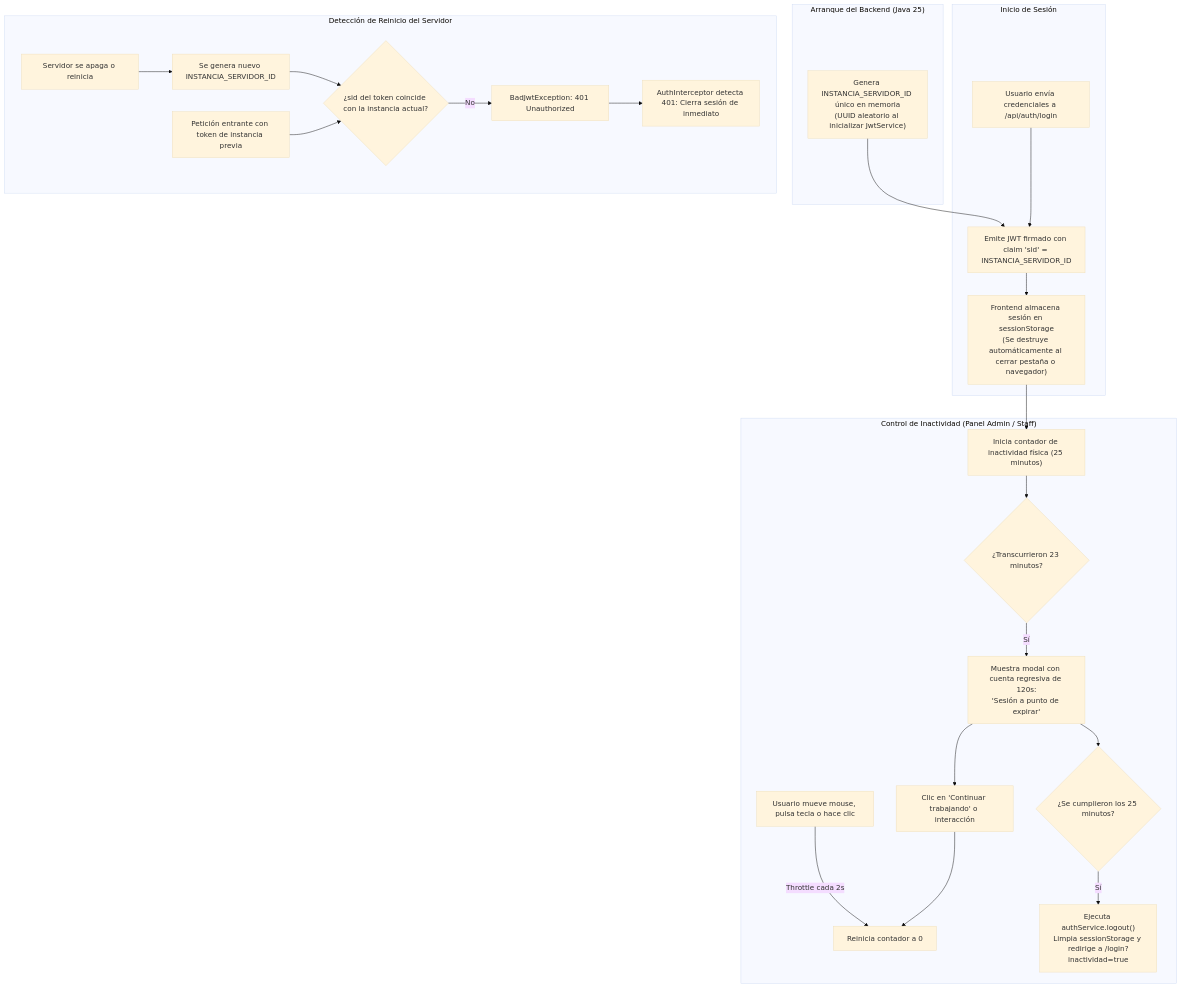
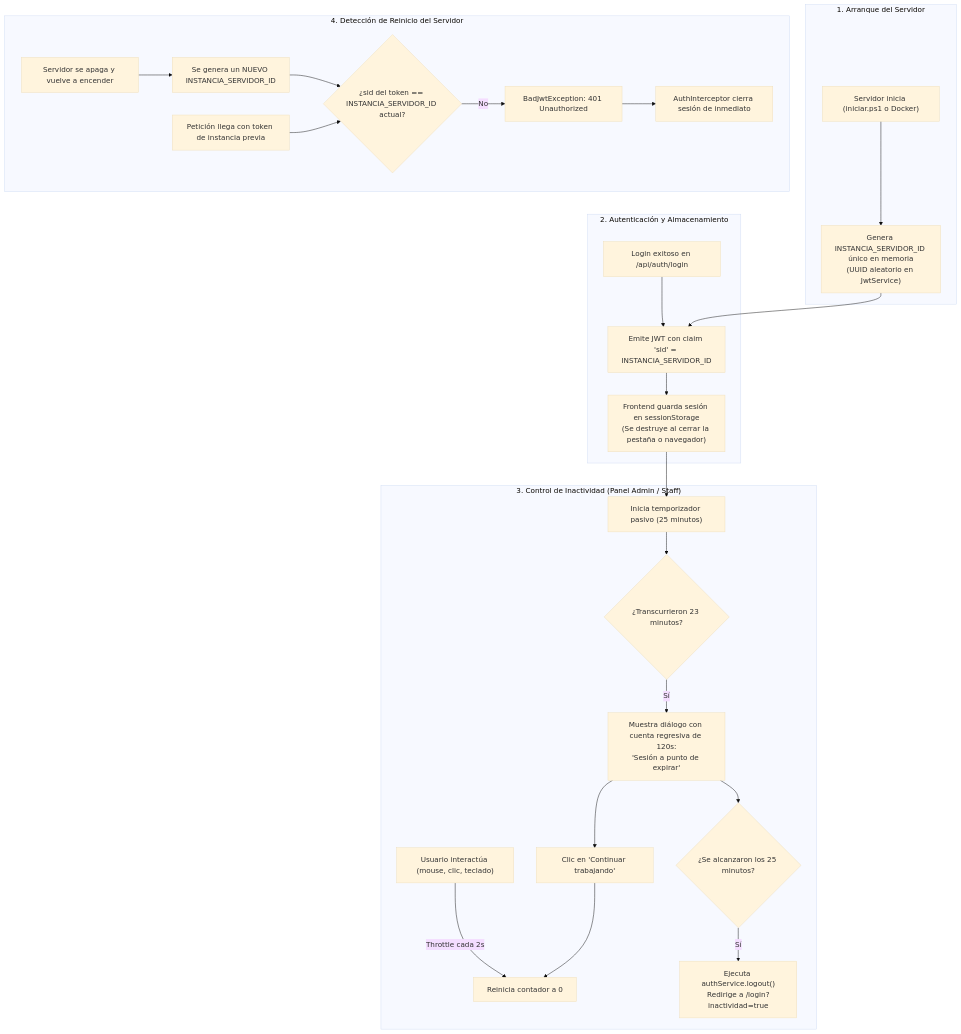
The seventh of 9 diagrams in README.md (MrCarlos17A/TechZone), drawn with Mermaid (base theme) before and after one commit. The commit also changed other lines of this file, not shown here.

Commit message:
docs: correción de los diagramas del README

````diff
--- a/README.md
+++ b/README.md
@@ -298,36 +338,37 @@
 ```mermaid
 flowchart TD
-    subgraph BACKEND_BOOT["Arranque del Backend (Java 25)"]
-        GEN_SID["Genera INSTANCIA_SERVIDOR_ID único en memoria<br/>(UUID aleatorio al inicializar JwtService)"]
+    subgraph BOOT["1. Arranque del Servidor"]
+        INIT_SRV["Servidor inicia (iniciar.ps1 o Docker)"]
+        INIT_SRV --> GEN_SID["Genera INSTANCIA_SERVIDOR_ID único en memoria<br/>(UUID aleatorio en JwtService)"]
     end
 
-    subgraph LOGIN_FLOW["Inicio de Sesión"]
-        AUTH_REQ["Usuario envía credenciales a /api/auth/login"]
-        JWT_EMIT["Emite JWT firmado con claim 'sid' = INSTANCIA_SERVIDOR_ID"]
-        FRONT_SAVE["Frontend almacena sesión en sessionStorage<br/>(Se destruye automáticamente al cerrar pestaña o navegador)"]
+    subgraph SESSION["2. Autenticación y Almacenamiento"]
+        LOGIN_OK["Login exitoso en /api/auth/login"]
+        LOGIN_OK --> EMIT_JWT["Emite JWT con claim 'sid' = INSTANCIA_SERVIDOR_ID"]
+        EMIT_JWT --> SAVE_SESS["Frontend guarda sesión en sessionStorage<br/>(Se destruye al cerrar la pestaña o navegador)"]
     end
 
-    subgraph INACTIVITY["Control de Inactividad (Panel Admin / Staff)"]
-        TIMER_START["Inicia contador de inactividad física (25 minutos)"]
-        USER_ACT["Usuario mueve mouse, pulsa tecla o hace clic"] -->|Throttle cada 2s| RESET_TIMER["Reinicia contador a 0"]
+    subgraph INACTIVITY["3. Control de Inactividad (Panel Admin / Staff)"]
+        START_TIMER["Inicia temporizador pasivo (25 minutos)"]
+        USER_ACTION["Usuario interactúa (mouse, clic, teclado)"] -->|Throttle cada 2s| RESET_TIMER["Reinicia contador a 0"]
         
-        TIMER_START --> CHECK_23{"¿Transcurrieron 23 minutos?"}
-        CHECK_23 -- Sí --> MODAL_WARN["Muestra modal con cuenta regresiva de 120s:<br/>'Sesión a punto de expirar'"]
+        START_TIMER --> CHECK_23{"¿Transcurrieron 23 minutos?"}
+        CHECK_23 -- Sí --> SHOW_MODAL["Muestra diálogo con cuenta regresiva de 120s:<br/>'Sesión a punto de expirar'"]
         
-        MODAL_WARN --> BTN_CONT["Clic en 'Continuar trabajando' o interacción"] --> RESET_TIMER
-        MODAL_WARN --> TIMEOUT_25{"¿Se cumplieron los 25 minutos?"}
-        TIMEOUT_25 -- Sí --> FORCE_LOGOUT["Ejecuta authService.logout()<br/>Limpia sessionStorage y redirige a /login?inactividad=true"]
+        SHOW_MODAL --> BTN_CONT["Clic en 'Continuar trabajando'"] --> RESET_TIMER
+        SHOW_MODAL --> TIMEOUT_25{"¿Se alcanzaron los 25 minutos?"}
+        TIMEOUT_25 -- Sí --> LOGOUT_IDLE["Ejecuta authService.logout()<br/>Redirige a /login?inactividad=true"]
     end
 
-    subgraph SERVER_RESTART["Detección de Reinicio del Servidor"]
-        SRV_DOWN["Servidor se apaga o reinicia"] --> NEW_SID["Se genera nuevo INSTANCIA_SERVIDOR_ID"]
-        OLD_REQ["Petición entrante con token de instancia previa"]
-        NEW_SID --> COMP_SID{"¿sid del token coincide con la instancia actual?"}
-        OLD_REQ --> COMP_SID
-        COMP_SID -- No --> ERR_401["BadJwtException: 401 Unauthorized"]
-        ERR_401 --> INTERCEPTOR["AuthInterceptor detecta 401: Cierra sesión de inmediato"]
+    subgraph RESTART_CHECK["4. Detección de Reinicio del Servidor"]
+        RESTART_SRV["Servidor se apaga y vuelve a encender"] --> NEW_SID["Se genera un NUEVO INSTANCIA_SERVIDOR_ID"]
+        REQ_OLD["Petición llega con token de instancia previa"]
+        NEW_SID --> VALIDATE_SID{"¿sid del token == INSTANCIA_SERVIDOR_ID actual?"}
+        REQ_OLD --> VALIDATE_SID
+        VALIDATE_SID -- No --> REJECT_401["BadJwtException: 401 Unauthorized"]
+        REJECT_401 --> AUTO_LOGOUT["AuthInterceptor cierra sesión de inmediato"]
     end
 
-    GEN_SID --> JWT_EMIT
-    AUTH_REQ --> JWT_EMIT --> FRONT_SAVE --> TIMER_START
+    GEN_SID --> EMIT_JWT
+    SAVE_SESS --> START_TIMER
 ```
````
